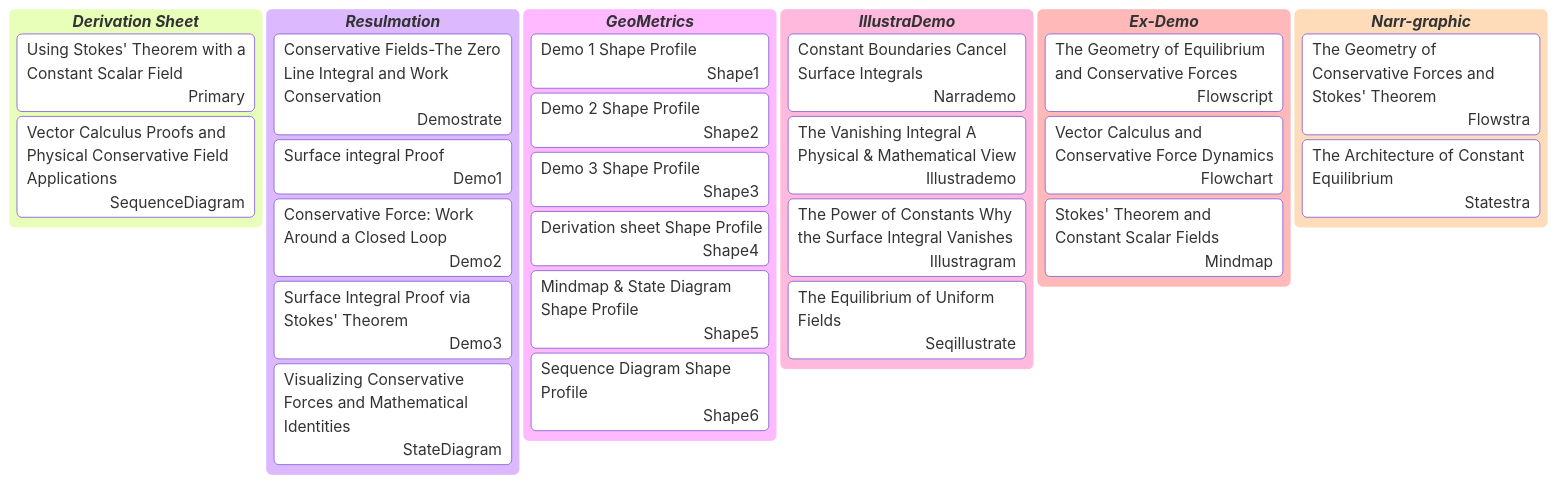
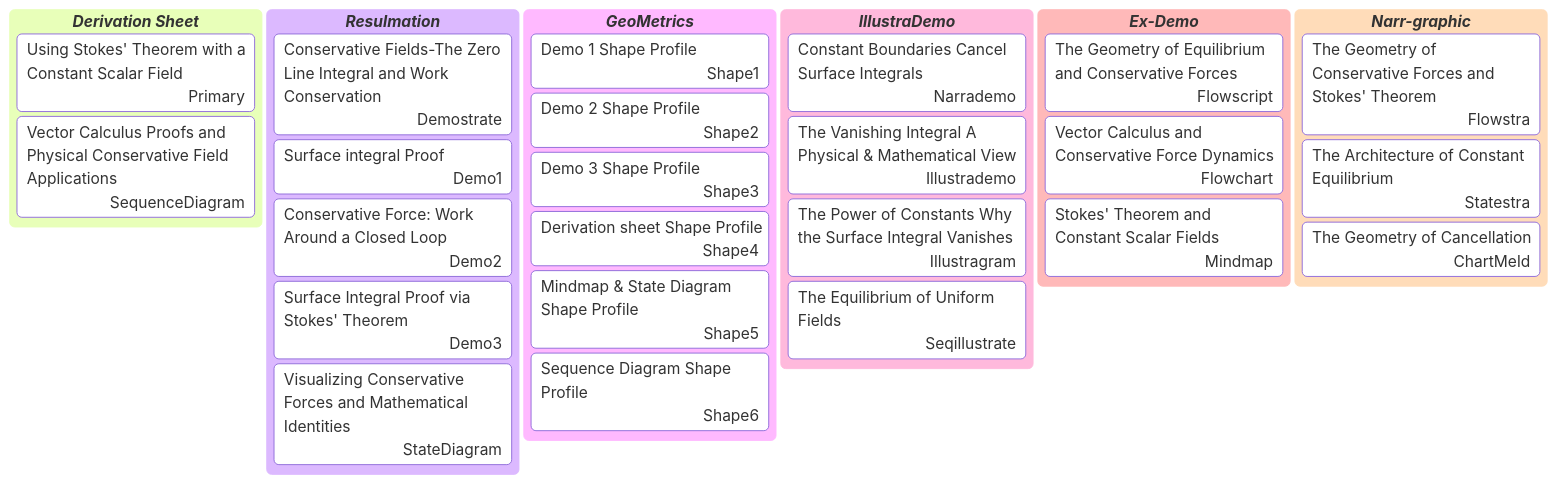
One commit to viadean/CDP changed the diagram in Advanced Vector Calculus and Physical Dynamic/Using Stokes Theorem with a Constant Scalar Field/Geometric Equilibrium Mathematical Proofs and Physical Visualizations of Stokes Theorem.md. Above: the diagram before and after it, drawn with Mermaid. The commit also changed other lines of this file, not shown here.

````diff
--- a/Advanced Vector Calculus and Physical Dynamic/Using Stokes Theorem with a Constant Scalar Field/Geometric Equilibrium Mathematical Proofs and Physical Visualizations of Stokes Theorem.md
+++ b/Advanced Vector Calculus and Physical Dynamic/Using Stokes Theorem with a Constant Scalar Field/Geometric Equilibrium Mathematical Proofs and Physical Visualizations of Stokes Theorem.md
@@ -8,36 +8,37 @@
 ```mermaid
 ---
 config:
  kanban:
   sectionWidth: 260
 ---
 kanban
   ***Derivation Sheet***
    Using Stokes' Theorem with a Constant Scalar Field@{assigned: Primary}
    Vector Calculus Proofs and Physical Conservative Field Applications@{assigned: SequenceDiagram}
   ***Resulmation***
     Conservative Fields-The Zero Line Integral and Work Conservation@{assigned: Demostrate}
     Surface integral Proof@{assigned: Demo1}
     Conservative Force: Work Around a Closed Loop@{assigned: Demo2}
     Surface Integral Proof via Stokes' Theorem@{assigned: Demo3}
     Visualizing Conservative Forces and Mathematical Identities@{assigned: StateDiagram}
   ***GeoMetrics***
     Demo 1 Shape Profile@{assigned: Shape1}
     Demo 2 Shape Profile@{assigned: Shape2}
     Demo 3 Shape Profile@{assigned: Shape3}
     Derivation sheet Shape Profile@{assigned: Shape4}
     Mindmap & State Diagram Shape Profile@{assigned: Shape5}
     Sequence Diagram Shape Profile@{assigned: Shape6}
   ***IllustraDemo***
     Constant Boundaries Cancel Surface Integrals@{assigned: Narrademo}
     The Vanishing Integral A Physical & Mathematical View@{assigned: Illustrademo}
     The Power of Constants Why the Surface Integral Vanishes@{assigned: Illustragram}
     The Equilibrium of Uniform Fields@{assigned: Seqillustrate}
   ***Ex-Demo***
     The Geometry of Equilibrium and Conservative Forces@{assigned: Flowscript}
     Vector Calculus and Conservative Force Dynamics@{assigned: Flowchart}
     Stokes' Theorem and Constant Scalar Fields@{assigned: Mindmap}
   ***Narr-graphic***
     The Geometry of Conservative Forces and Stokes' Theorem@{assigned: Flowstra}
     The Architecture of Constant Equilibrium@{assigned: Statestra}
+    The Geometry of Cancellation@{assigned: ChartMeld}
 ```
````
